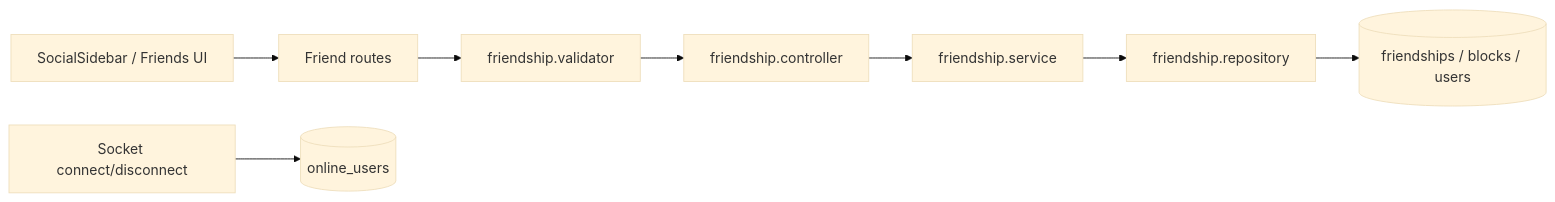
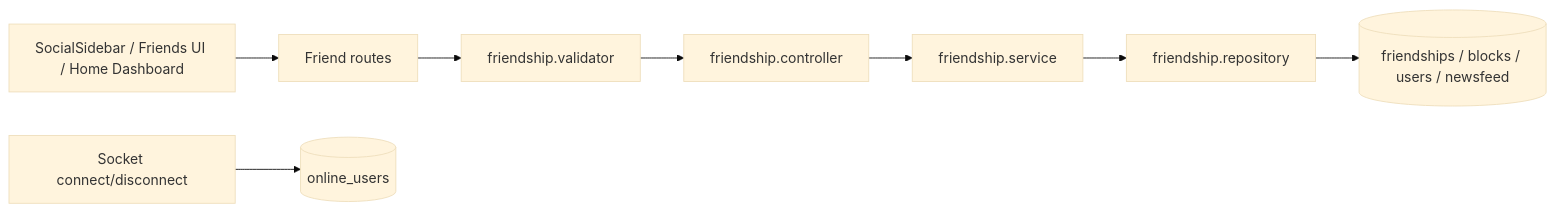
Before and after one commit to JamesHarrision/fessior-oj-backend: the eighth of 14 diagrams in docs/feature-flows.md, drawn with Mermaid (base theme). The commit also changed other lines of this file and 4 other files, not shown here.

````diff
--- a/docs/feature-flows.md
+++ b/docs/feature-flows.md
@@ -261,10 +262,10 @@
 ```mermaid
 flowchart LR
-  FE[SocialSidebar / Friends UI] --> API[Friend routes]
+  FE[SocialSidebar / Friends UI / Home Dashboard] --> API[Friend routes]
   API --> Validator[friendship.validator]
   Validator --> Controller[friendship.controller]
   Controller --> Service[friendship.service]
   Service --> Repo[friendship.repository]
-  Repo --> MySQL[(friendships / blocks / users)]
+  Repo --> MySQL[(friendships / blocks / users / newsfeed)]
   Socket[Socket connect/disconnect] --> Redis[(online_users)]
 ```
````
